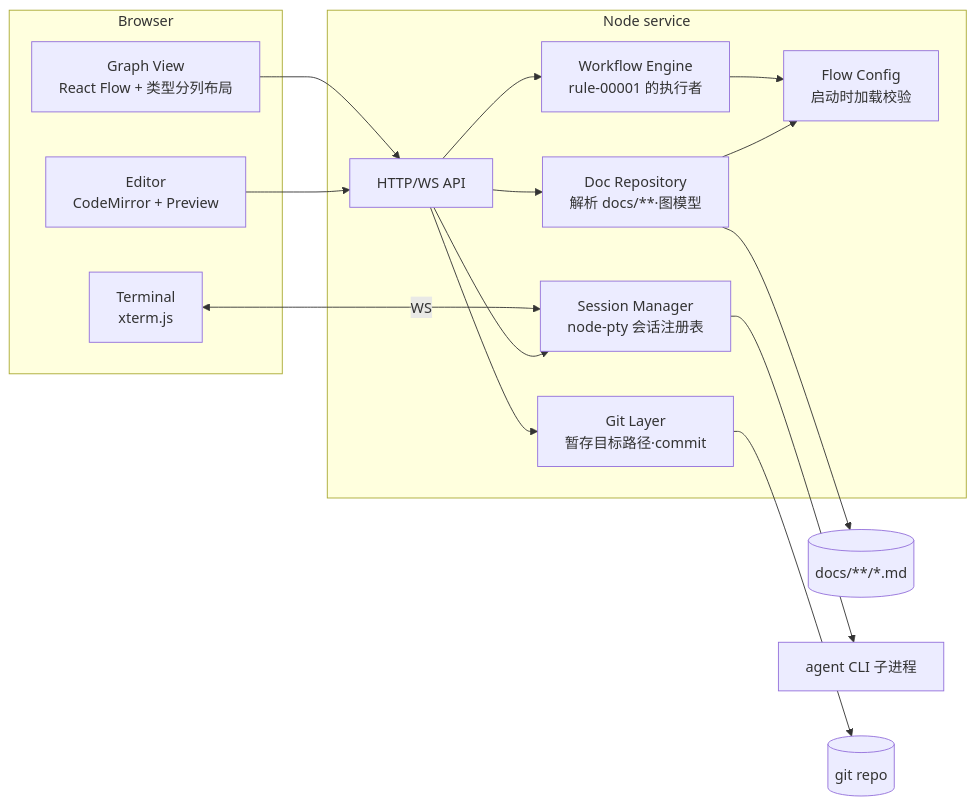
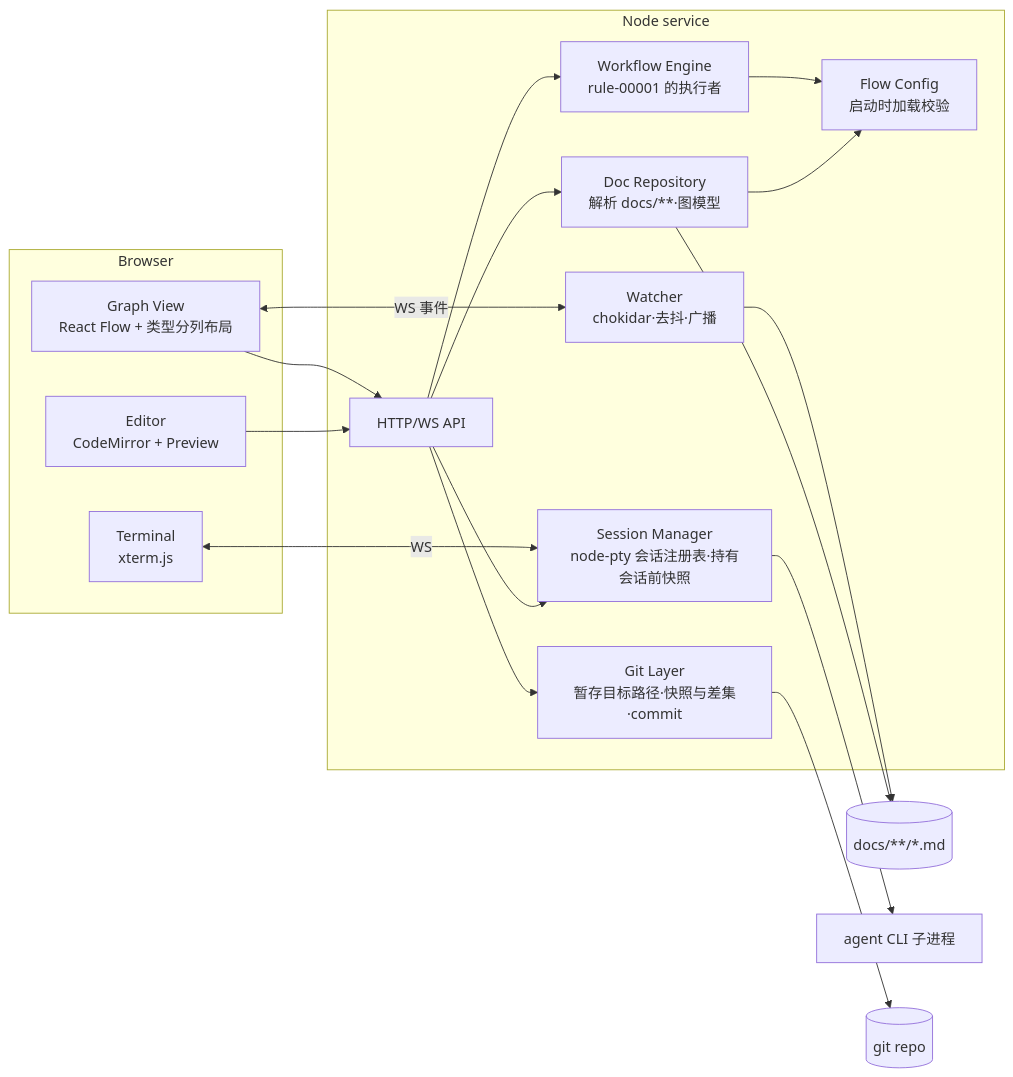
The first of 3 diagrams in docs/design/design-00001-docs-whiteboard.md (ryan-alexander-zhang/ai-native-project-template), drawn with Mermaid before and after one commit. The commit also changed other lines of this file and 21 other files, not shown here.

Commit message:
fix(whiteboard): follow the disk by itself, and commit only what the session wrote

````diff
--- a/docs/design/design-00001-docs-whiteboard.md
+++ b/docs/design/design-00001-docs-whiteboard.md
@@ -33,24 +33,27 @@
 ```mermaid
 flowchart LR
   subgraph Browser
     GV[Graph View<br/>React Flow + 类型分列布局]
     ED[Editor<br/>CodeMirror + Preview]
     TM[Terminal<br/>xterm.js]
   end
   subgraph Node service
     API[HTTP/WS API]
     DR[Doc Repository<br/>解析 docs/**·图模型]
     WE[Workflow Engine<br/>rule-00001 的执行者]
-    SM[Session Manager<br/>node-pty 会话注册表]
-    GL[Git Layer<br/>暂存目标路径·commit]
+    SM[Session Manager<br/>node-pty 会话注册表·持有会话前快照]
+    GL[Git Layer<br/>暂存目标路径·快照与差集·commit]
     CFG[Flow Config<br/>启动时加载校验]
+    WA[Watcher<br/>chokidar·去抖·广播]
   end
   GV & ED --> API
   TM <--WS--> SM
+  GV <--WS 事件--> WA
+  WA --> FS
   API --> DR & WE & SM & GL
   WE --> CFG
   DR --> CFG
   DR --> FS[(docs/**/*.md)]
   SM --> CLI[agent CLI 子进程]
   GL --> GIT[(git repo)]
 ```
````
